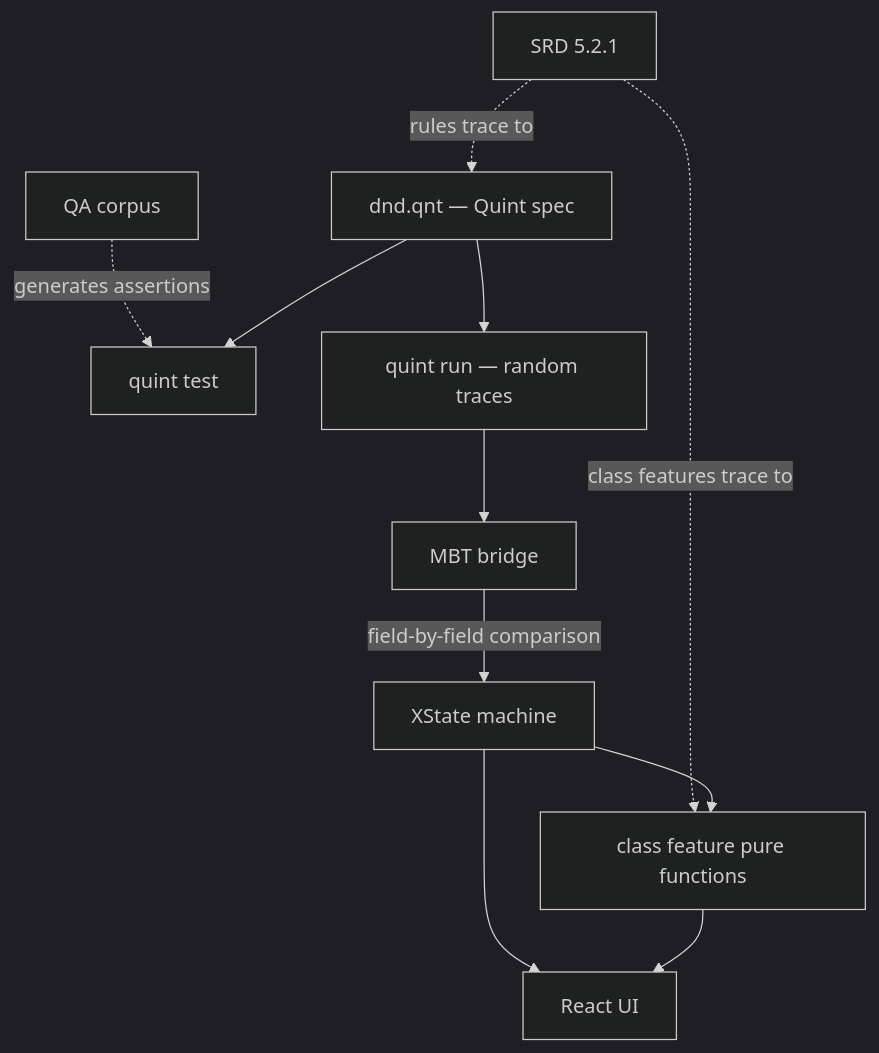
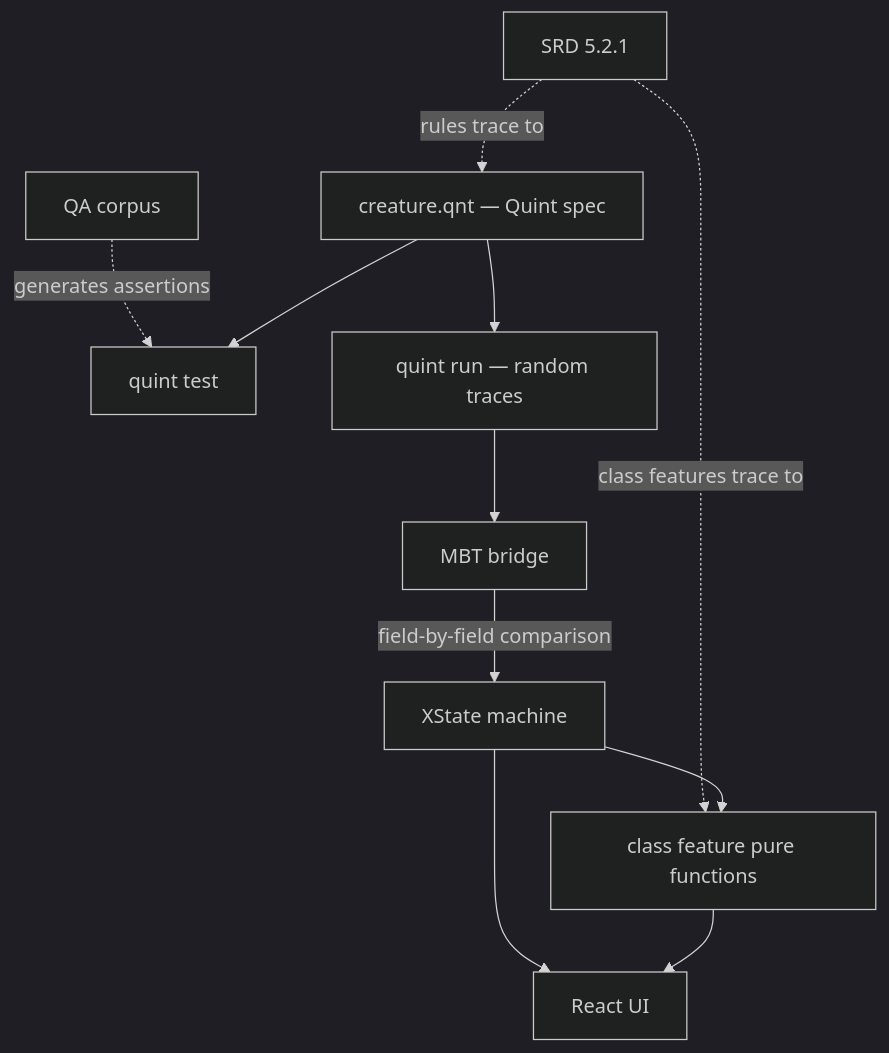
Before and after one commit to dearlordylord/5e-quint: the diagram in README.md, drawn with Mermaid (dark theme). The commit also changed other lines of this file and 26 other files, not shown here.

First line of the commit message:
feat(battle): B3 — AoE / 1-to-many transactions (R32) + rename dnd.qnt → creature.qnt

````diff
--- a/README.md
+++ b/README.md
@@ -9,13 +9,13 @@
 ```mermaid
 graph TD
     SRD["SRD 5.2.1"] -.->|rules trace to| SPEC
     SRD -.->|class features trace to| FEATURES
     QA[QA corpus] -.->|generates assertions| TEST
-    SPEC["dnd.qnt — Quint spec"] --> TEST[quint test]
+    SPEC["creature.qnt — Quint spec"] --> TEST[quint test]
     SPEC --> TRACES[quint run — random traces]
     TRACES --> MBT["MBT bridge"]
     MBT -->|field-by-field comparison| XSTATE["XState machine"]
     XSTATE --> FEATURES[class feature pure functions]
     XSTATE --> UI[React UI]
     FEATURES --> UI
 ```
````
